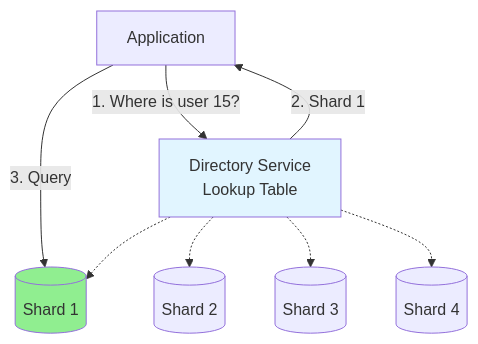
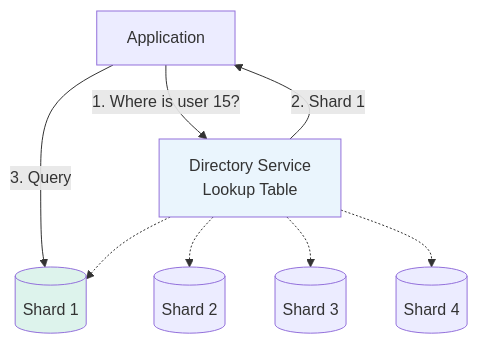
Before and after one commit to cartmancodes/InterviewVault: diagram 21 of 46 in LLD/CoreConcepts/Sharding.md, drawn with Mermaid. The commit also changed other lines of this file and 679 other files, not shown here.

Commit message:
Unify content diagrams and add accessible visual walkthroughs

````diff
--- a/LLD/CoreConcepts/Sharding.md
+++ b/LLD/CoreConcepts/Sharding.md
@@ -557,22 +557,22 @@
 ```mermaid
 graph TB
     APP[Application]
     DIR[Directory Service<br/>Lookup Table]
     
     APP -->|1. Where is user 15?| DIR
     DIR -->|2. Shard 1| APP
     APP -->|3. Query| S1
     
     S1[(Shard 1)]
     S2[(Shard 2)]
     S3[(Shard 3)]
     S4[(Shard 4)]
     
     DIR -.-> S1
     DIR -.-> S2
     DIR -.-> S3
     DIR -.-> S4
     
-    style DIR fill:#e1f5ff
-    style S1 fill:#90EE90
+    style DIR fill:#EAF5FD
+    style S1 fill:#DDF3EC
 ```
````
